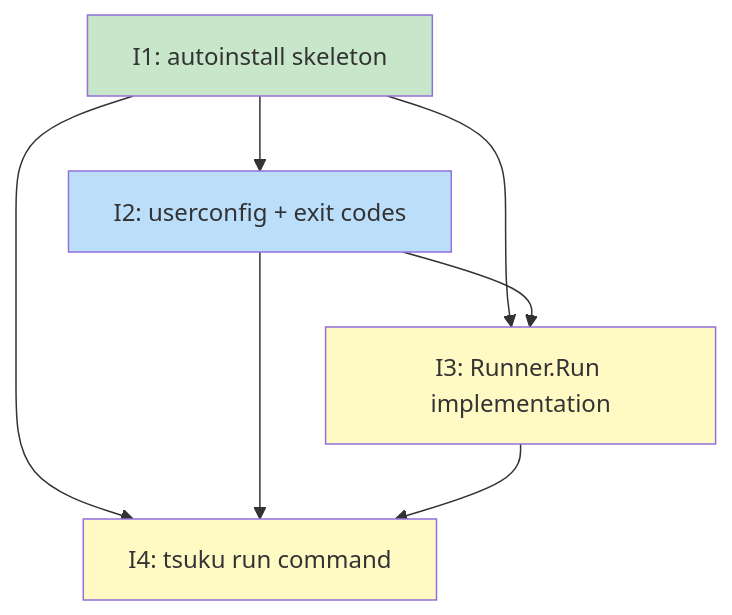
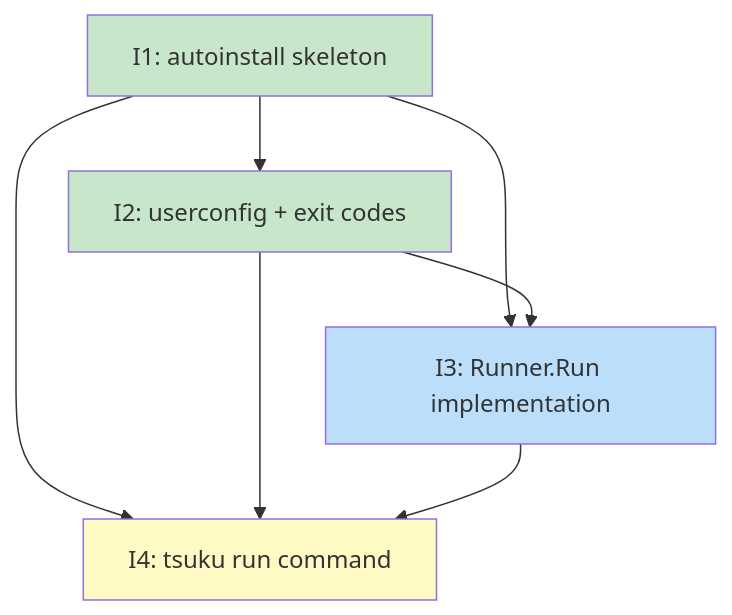
The diagram in docs/plans/PLAN-auto-install.md (tsukumogami/tsuku), drawn with Mermaid before and after one commit. The commit also changed other lines of this file and 4 other files, not shown here.

````diff
--- a/docs/plans/PLAN-auto-install.md
+++ b/docs/plans/PLAN-auto-install.md
@@ -127,28 +127,28 @@
 ```mermaid
 graph TD
     I1["I1: autoinstall skeleton"]
     I2["I2: userconfig + exit codes"]
     I3["I3: Runner.Run implementation"]
     I4["I4: tsuku run command"]
 
     I1 --> I2
     I1 --> I3
     I2 --> I3
     I1 --> I4
     I2 --> I4
     I3 --> I4
 
     classDef done fill:#c8e6c9
     classDef ready fill:#bbdefb
     classDef blocked fill:#fff9c4
     classDef needsDesign fill:#e1bee7
     classDef needsPrd fill:#b3e5fc
     classDef needsSpike fill:#ffcdd2
     classDef needsDecision fill:#d1c4e9
     classDef tracksDesign fill:#FFE0B2,stroke:#F57C00,color:#000
     classDef tracksPlan fill:#FFE0B2,stroke:#F57C00,color:#000
 
-    class I1 done
-    class I2 ready
-    class I3,I4 blocked
+    class I1,I2 done
+    class I3 ready
+    class I4 blocked
 ```
````
